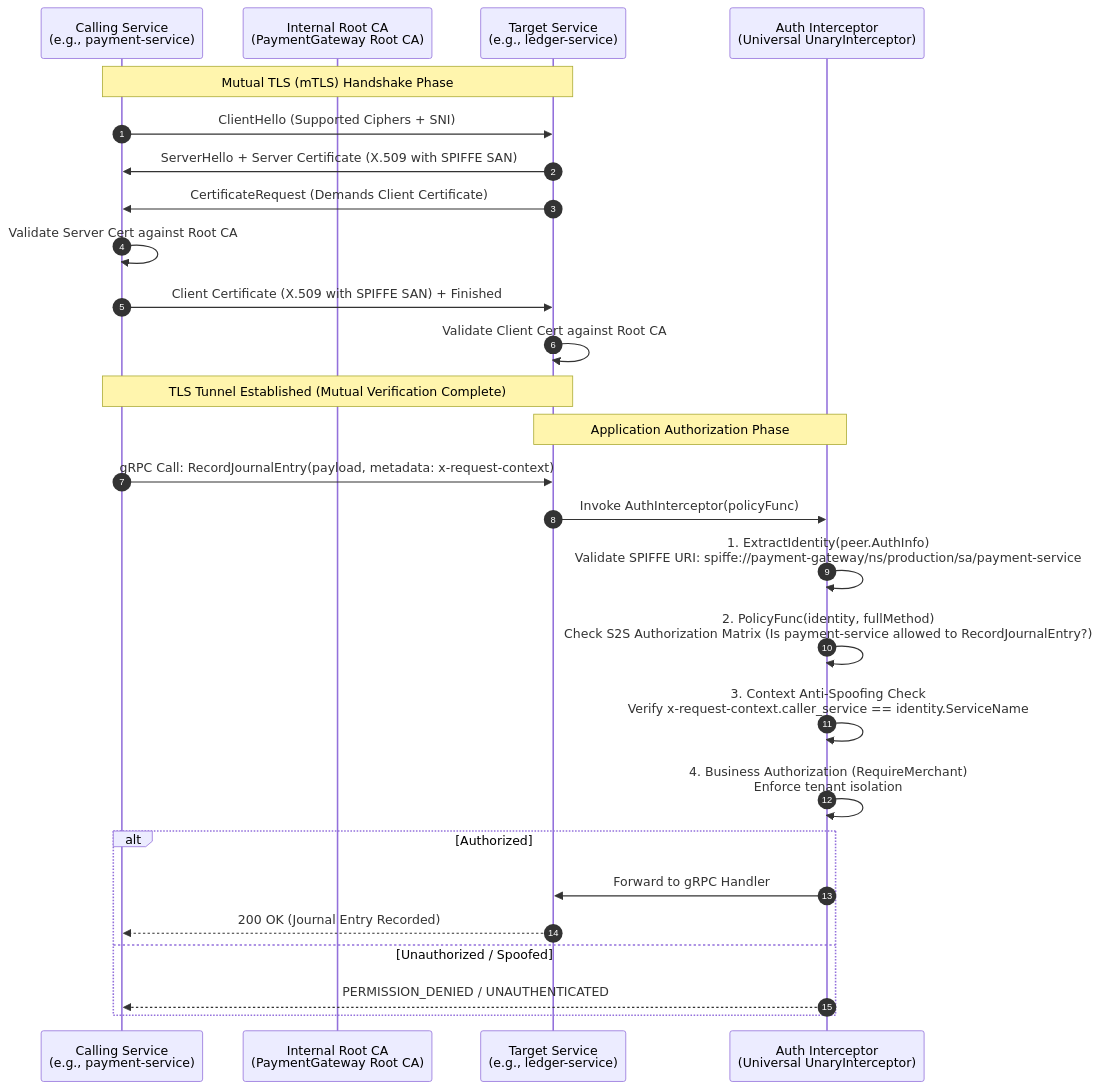
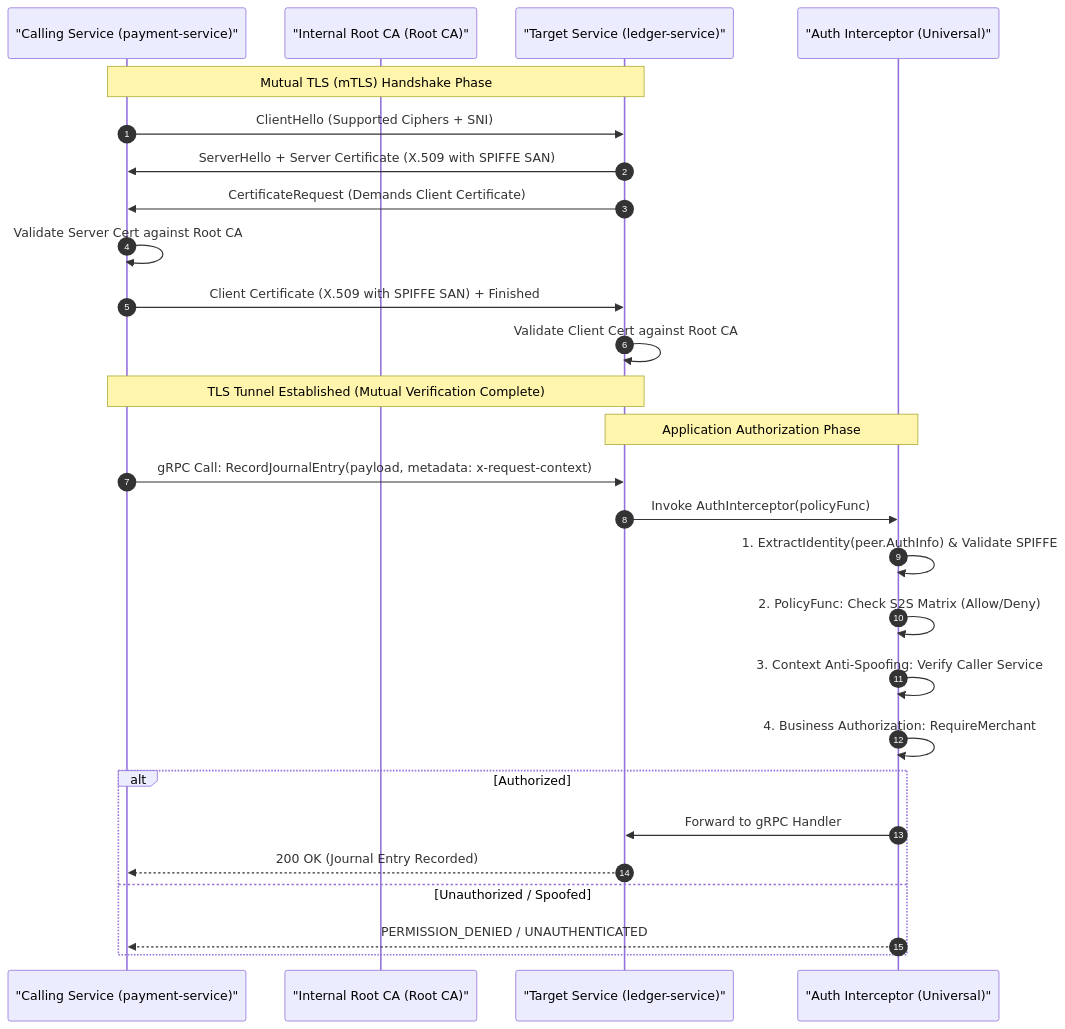
One commit to Mamush-Meshesha/easy-payment-gateway changed the fourth of 8 diagrams in README.md. Above: the diagram before and after it, drawn with Mermaid. The commit also changed other lines of this file and 1 other file, not shown here.

Commit message:
fix(docs): quote Mermaid edge labels to resolve GitHub diagram rendering error

````diff
--- a/README.md
+++ b/README.md
@@ -167,31 +167,31 @@
 ```mermaid
 sequenceDiagram
     autonumber
-    participant Client as Calling Service<br/>(e.g., payment-service)
-    participant CA as Internal Root CA<br/>(PaymentGateway Root CA)
-    participant Server as Target Service<br/>(e.g., ledger-service)
-    participant Interceptor as Auth Interceptor<br/>(Universal UnaryInterceptor)
+    participant Client as "Calling Service (payment-service)"
+    participant CA as "Internal Root CA (Root CA)"
+    participant Server as "Target Service (ledger-service)"
+    participant Interceptor as "Auth Interceptor (Universal)"
 
     Note over Client,Server: Mutual TLS (mTLS) Handshake Phase
     Client->>Server: ClientHello (Supported Ciphers + SNI)
     Server->>Client: ServerHello + Server Certificate (X.509 with SPIFFE SAN)
     Server->>Client: CertificateRequest (Demands Client Certificate)
     Client->>Client: Validate Server Cert against Root CA
     Client->>Server: Client Certificate (X.509 with SPIFFE SAN) + Finished
     Server->>Server: Validate Client Cert against Root CA
     Note over Client,Server: TLS Tunnel Established (Mutual Verification Complete)
 
     Note over Server,Interceptor: Application Authorization Phase
     Client->>Server: gRPC Call: RecordJournalEntry(payload, metadata: x-request-context)
     Server->>Interceptor: Invoke AuthInterceptor(policyFunc)
-    Interceptor->>Interceptor: 1. ExtractIdentity(peer.AuthInfo)<br/>Validate SPIFFE URI: spiffe://payment-gateway/ns/production/sa/payment-service
-    Interceptor->>Interceptor: 2. PolicyFunc(identity, fullMethod)<br/>Check S2S Authorization Matrix (Is payment-service allowed to RecordJournalEntry?)
-    Interceptor->>Interceptor: 3. Context Anti-Spoofing Check<br/>Verify x-request-context.caller_service == identity.ServiceName
-    Interceptor->>Interceptor: 4. Business Authorization (RequireMerchant)<br/>Enforce tenant isolation
+    Interceptor->>Interceptor: 1. ExtractIdentity(peer.AuthInfo) & Validate SPIFFE
+    Interceptor->>Interceptor: 2. PolicyFunc: Check S2S Matrix (Allow/Deny)
+    Interceptor->>Interceptor: 3. Context Anti-Spoofing: Verify Caller Service
+    Interceptor->>Interceptor: 4. Business Authorization: RequireMerchant
     alt Authorized
         Interceptor->>Server: Forward to gRPC Handler
         Server-->>Client: 200 OK (Journal Entry Recorded)
     else Unauthorized / Spoofed
         Interceptor-->>Client: PERMISSION_DENIED / UNAUTHENTICATED
     end
 ```
````
